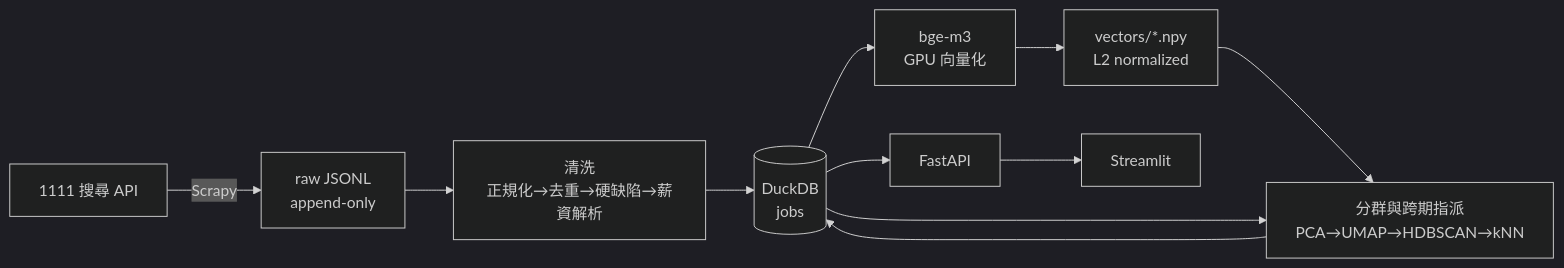
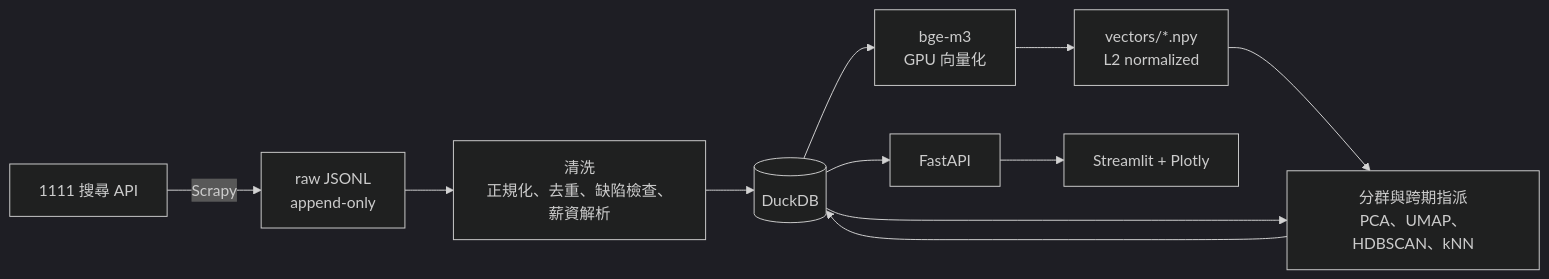
One commit to haoagentuse-glitch/job-market-transition-tracker changed the diagram in README.md. Above: the diagram before and after it, drawn with Mermaid (dark theme). The commit also changed other lines of this file, not shown here.

````diff
--- a/README.md
+++ b/README.md
@@ -45,13 +39,13 @@
 ```mermaid
 flowchart LR
     A["1111 搜尋 API"] -->|Scrapy| B["raw JSONL<br/>append-only"]
-    B --> C["清洗<br/>正規化→去重→硬缺陷→薪資解析"]
-    C --> D[("DuckDB<br/>jobs")]
+    B --> C["清洗<br/>正規化、去重、缺陷檢查、薪資解析"]
+    C --> D[("DuckDB")]
     D --> E["bge-m3<br/>GPU 向量化"]
     E --> F["vectors/*.npy<br/>L2 normalized"]
-    F --> G["分群與跨期指派<br/>PCA→UMAP→HDBSCAN→kNN"]
+    F --> G["分群與跨期指派<br/>PCA、UMAP、HDBSCAN、kNN"]
     D --> G
     G --> D
     D --> H["FastAPI"]
-    H --> I["Streamlit"]
+    H --> I["Streamlit + Plotly"]
 ```
````
